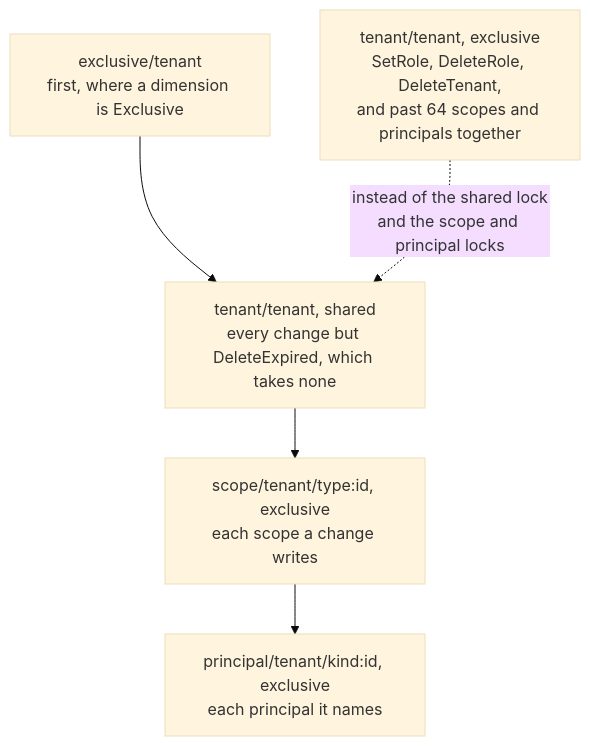
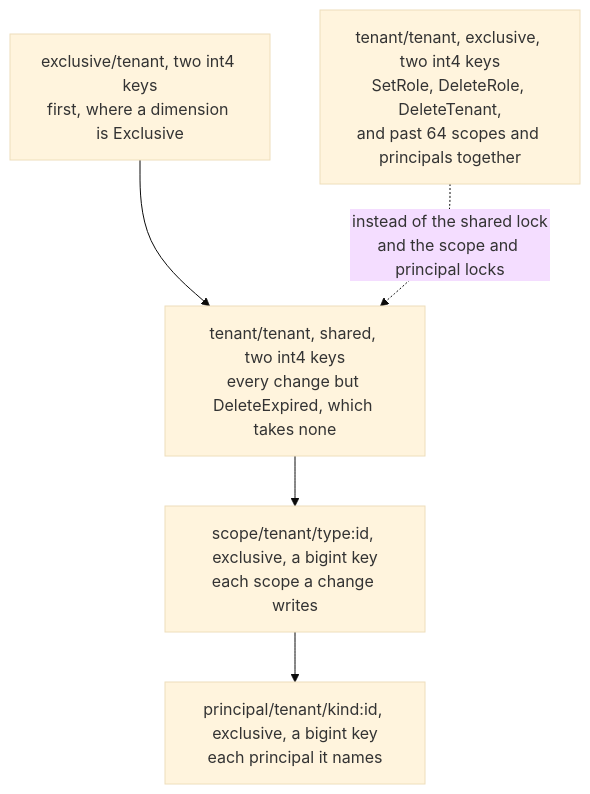
Diagram 11 of 14 in docs/architecture.md (parallelworks/rbac), drawn with Mermaid (base theme) before and after one commit. The commit also changed other lines of this file and 7 other files, not shown here.

First line of the commit message:
fix: a tenant's admin can name a group whose lock is another tenant's, holding every change there back while it changes the group

````diff
--- a/docs/architecture.md
+++ b/docs/architecture.md
@@ -778,7 +789,7 @@
 ```mermaid
 flowchart TB
-    excl["exclusive/tenant<br/>first, where a dimension is Exclusive"] --> tshared["tenant/tenant, shared<br/>every change but DeleteExpired, which takes none"]
-    tshared --> scope["scope/tenant/type:id, exclusive<br/>each scope a change writes"]
-    scope --> princ["principal/tenant/kind:id, exclusive<br/>each principal it names"]
-    texcl["tenant/tenant, exclusive<br/>SetRole, DeleteRole, DeleteTenant,<br/>and past 64 scopes and principals together"] -.->|"instead of the shared lock<br/>and the scope and principal locks"| tshared
+    excl["exclusive/tenant, two int4 keys<br/>first, where a dimension is Exclusive"] --> tshared["tenant/tenant, shared, two int4 keys<br/>every change but DeleteExpired, which takes none"]
+    tshared --> scope["scope/tenant/type:id, exclusive, a bigint key<br/>each scope a change writes"]
+    scope --> princ["principal/tenant/kind:id, exclusive, a bigint key<br/>each principal it names"]
+    texcl["tenant/tenant, exclusive, two int4 keys<br/>SetRole, DeleteRole, DeleteTenant,<br/>and past 64 scopes and principals together"] -.->|"instead of the shared lock<br/>and the scope and principal locks"| tshared
 ```
````
